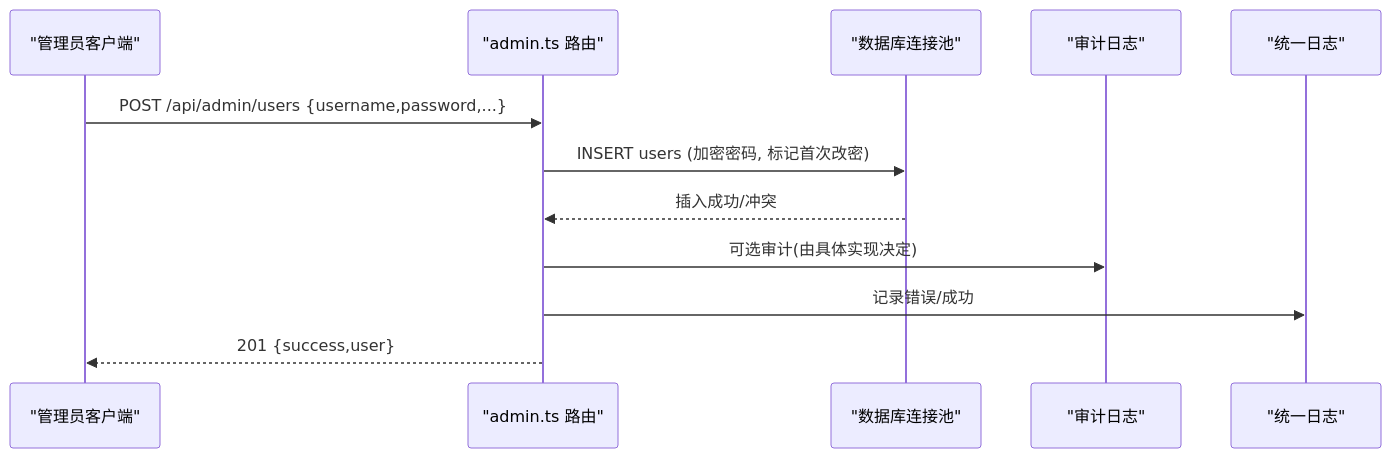
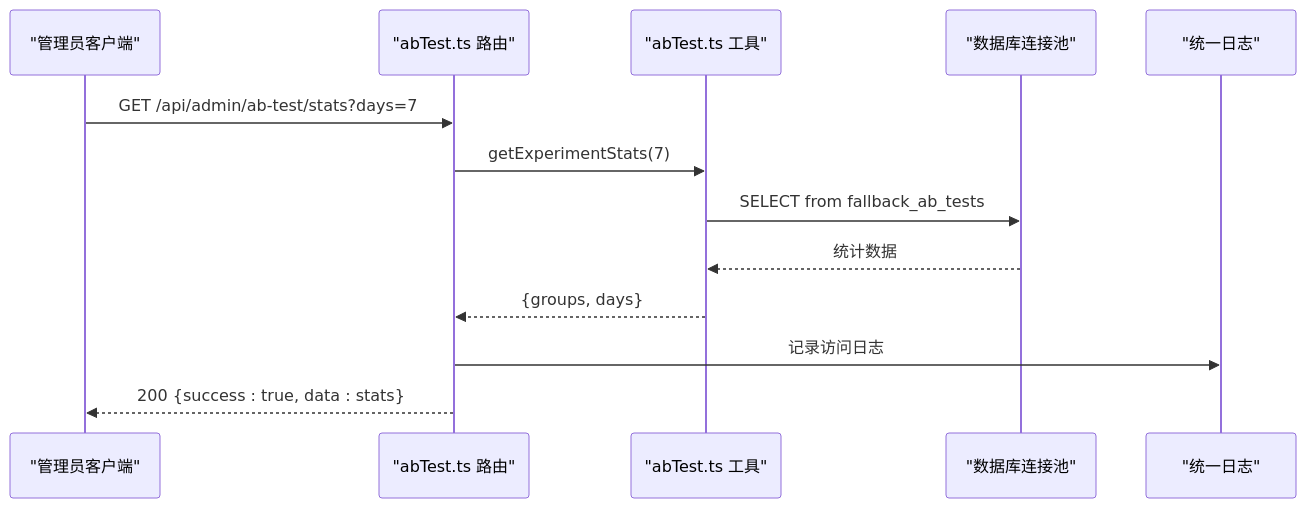
One commit to dgjin/smart-data-analytics changed the second of 7 diagrams in .qoder/repowiki/zh/content/API参考/管理API/管理API.md. Above: the diagram before and after it, drawn with Mermaid. The commit also changed other lines of this file and 66 other files, not shown here.

````diff
--- a/.qoder/repowiki/zh/content/API参考/管理API/管理API.md
+++ b/.qoder/repowiki/zh/content/API参考/管理API/管理API.md
@@ -130,14 +139,15 @@
 ```mermaid
 sequenceDiagram
 participant C as "管理员客户端"
-participant R as "admin.ts 路由"
+participant R as "abTest.ts 路由"
+participant U as "abTest.ts 工具"
 participant DB as "数据库连接池"
-participant AL as "审计日志"
 participant LG as "统一日志"
-C->>R : POST /api/admin/users {username,password,...}
-R->>DB : INSERT users (加密密码, 标记首次改密)
-DB-->>R : 插入成功/冲突
-R->>AL : 可选审计(由具体实现决定)
-R->>LG : 记录错误/成功
-R-->>C : 201 {success,user}
+C->>R : GET /api/admin/ab-test/stats?days=7
+R->>U : getExperimentStats(7)
+U->>DB : SELECT from fallback_ab_tests
+DB-->>U : 统计数据
+U-->>R : {groups, days}
+R->>LG : 记录访问日志
+R-->>C : 200 {success : true, data : stats}
 ```
````
